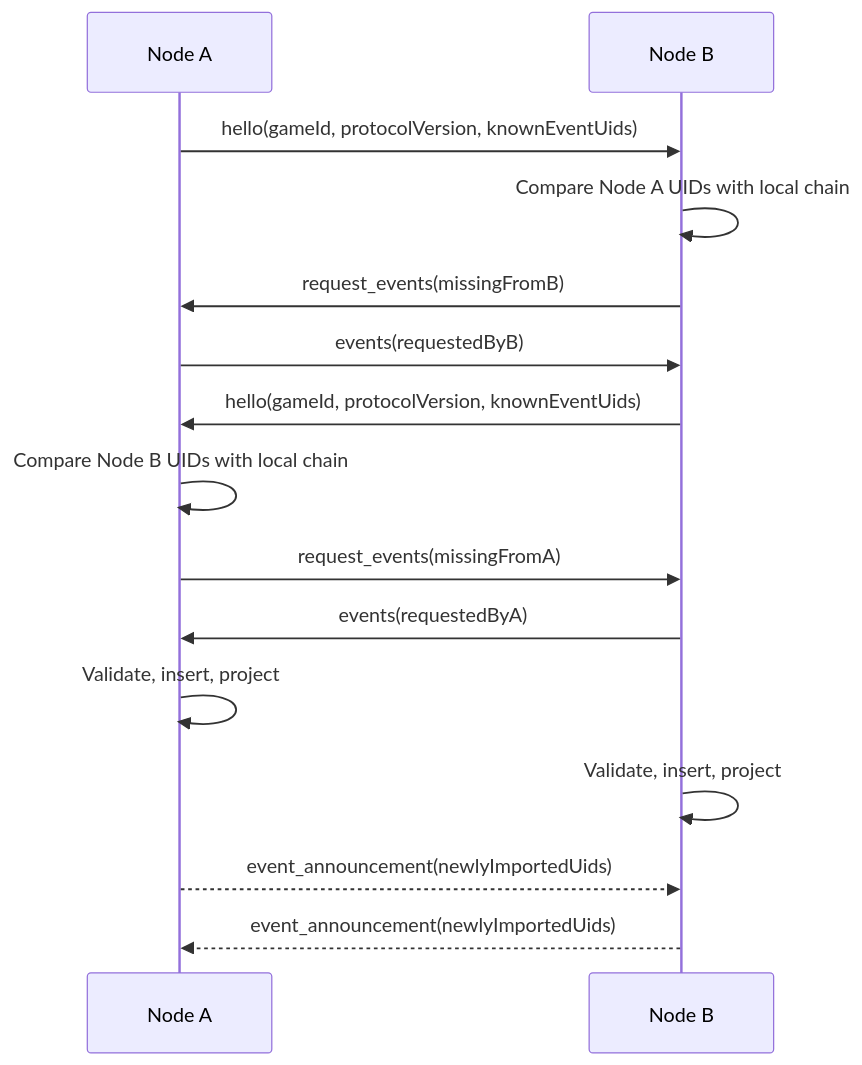
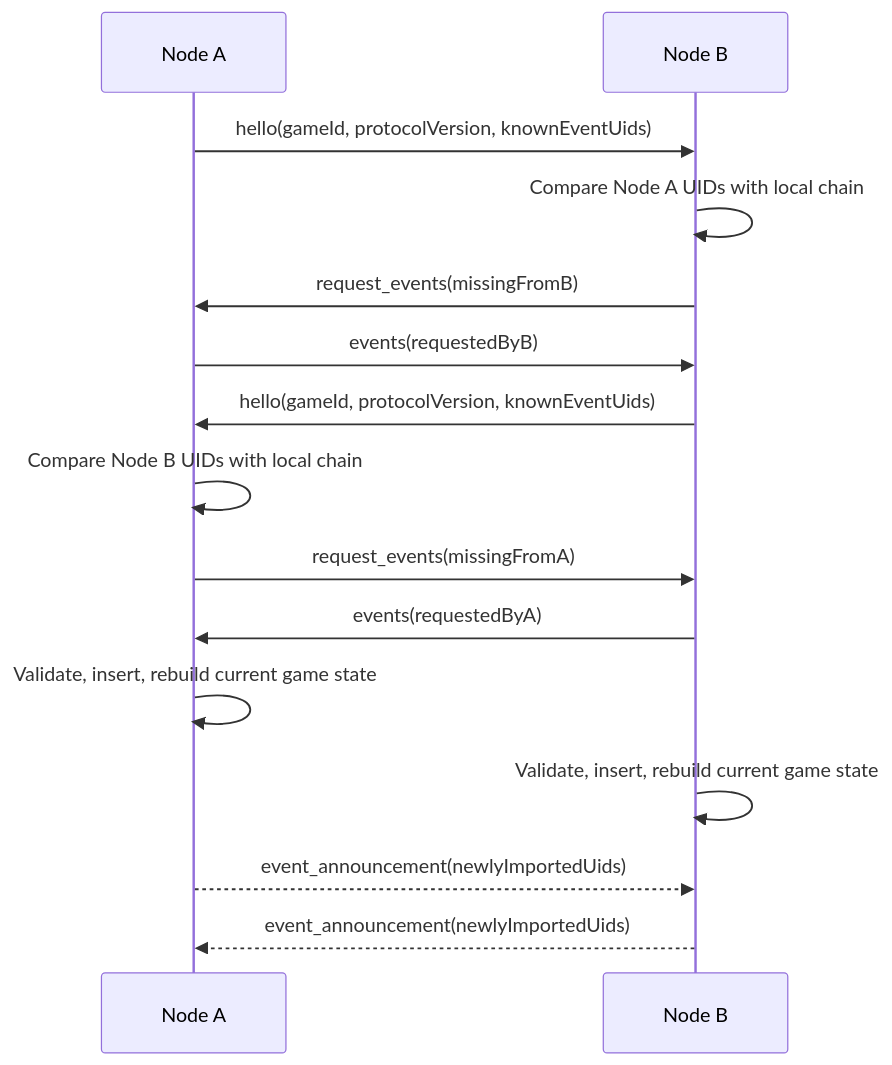
The fourth of 5 diagrams in docs/design-doc.md (Gabriel-Gerdes/HumanHaunt), drawn with Mermaid before and after one commit. The commit also changed other lines of this file, not shown here.

Commit message:
Updating with "game_state_builder"

````diff
--- a/docs/design-doc.md
+++ b/docs/design-doc.md
@@ -276,17 +317,17 @@
 ```mermaid
 sequenceDiagram
   participant A as Node A
   participant B as Node B
   A->>B: hello(gameId, protocolVersion, knownEventUids)
   B->>B: Compare Node A UIDs with local chain
   B->>A: request_events(missingFromB)
   A->>B: events(requestedByB)
   B->>A: hello(gameId, protocolVersion, knownEventUids)
   A->>A: Compare Node B UIDs with local chain
   A->>B: request_events(missingFromA)
   B->>A: events(requestedByA)
-  A->>A: Validate, insert, project
-  B->>B: Validate, insert, project
+  A->>A: Validate, insert, rebuild current game state
+  B->>B: Validate, insert, rebuild current game state
   A-->>B: event_announcement(newlyImportedUids)
   B-->>A: event_announcement(newlyImportedUids)
 ```
````
